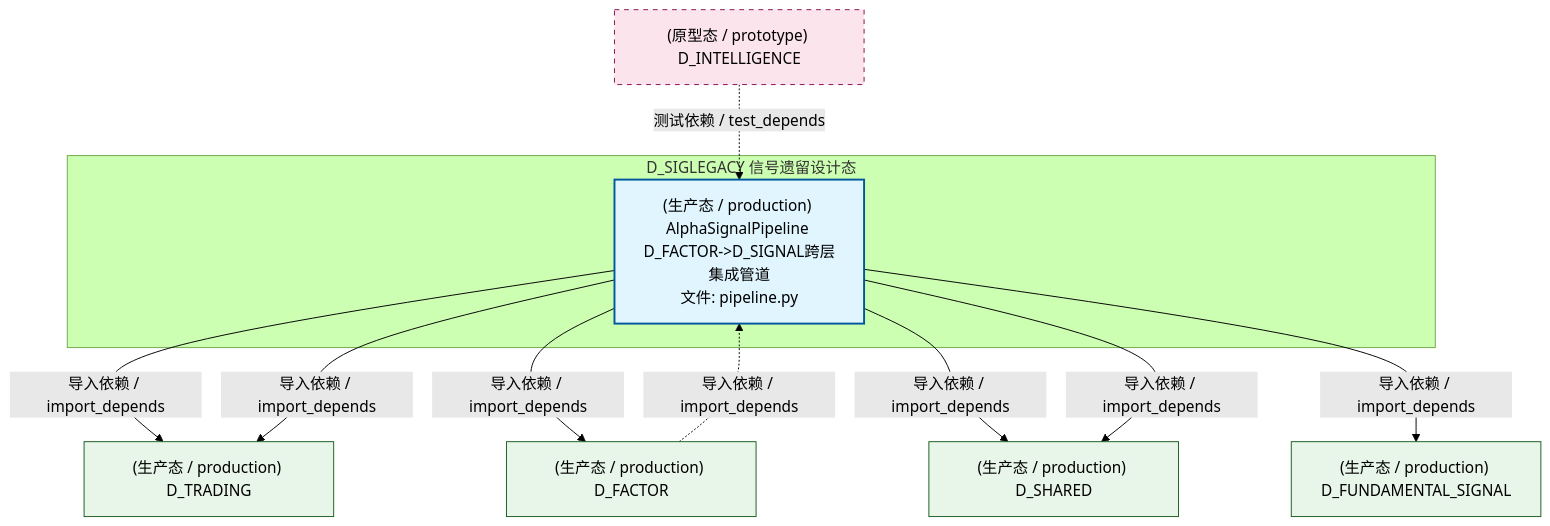
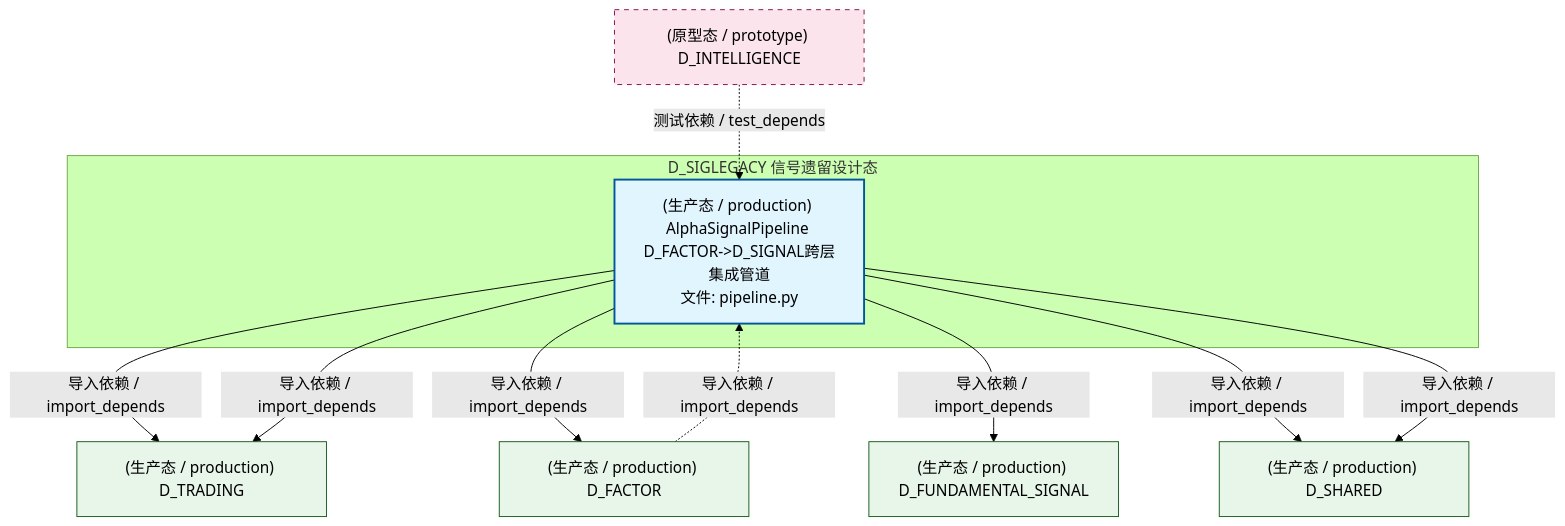
The second of 4 diagrams in docs/02_enterprise_architecture/02_domain_architecture_docs/63_d_siglegacy.md (xuanFelixVan/ZephyrAlpha), drawn with Mermaid (forest theme) before and after one commit. The commit also changed other lines of this file and 126 other files, not shown here.

````diff
--- a/docs/02_enterprise_architecture/02_domain_architecture_docs/63_d_siglegacy.md
+++ b/docs/02_enterprise_architecture/02_domain_architecture_docs/63_d_siglegacy.md
@@ -138,26 +138,26 @@
 ```mermaid
 graph TD
     subgraph D_SIGLEGACY["D_SIGLEGACY 信号遗留设计态"]
         src_zephyr_signal_fundamental_pipeline_py["(生产态 / production) AlphaSignalPipeline D_FACTOR->D_SIGNAL跨层集成管道<br/>文件: pipeline.py"]
     end
     D_TRADING["(生产态 / production) D_TRADING"]
     src_zephyr_signal_fundamental_pipeline_py -->|导入依赖 / import_depends| D_TRADING
     D_FACTOR["(生产态 / production) D_FACTOR"]
     src_zephyr_signal_fundamental_pipeline_py -->|导入依赖 / import_depends| D_FACTOR
+    D_FUNDAMENTAL_SIGNAL["(生产态 / production) D_FUNDAMENTAL_SIGNAL"]
+    src_zephyr_signal_fundamental_pipeline_py -->|导入依赖 / import_depends| D_FUNDAMENTAL_SIGNAL
     D_SHARED["(生产态 / production) D_SHARED"]
     src_zephyr_signal_fundamental_pipeline_py -->|导入依赖 / import_depends| D_SHARED
-    D_FUNDAMENTAL_SIGNAL["(生产态 / production) D_FUNDAMENTAL_SIGNAL"]
-    src_zephyr_signal_fundamental_pipeline_py -->|导入依赖 / import_depends| D_FUNDAMENTAL_SIGNAL
     src_zephyr_signal_fundamental_pipeline_py -->|导入依赖 / import_depends| D_SHARED
     src_zephyr_signal_fundamental_pipeline_py -->|导入依赖 / import_depends| D_TRADING
     D_FACTOR -.->|导入依赖 / import_depends| src_zephyr_signal_fundamental_pipeline_py
     D_INTELLIGENCE["(原型态 / prototype) D_INTELLIGENCE"]
     D_INTELLIGENCE -.->|测试依赖 / test_depends| src_zephyr_signal_fundamental_pipeline_py
     classDef production fill:#e1f5fe,stroke:#01579b,stroke-width:2px,color:#000
     classDef design fill:#fff3e0,stroke:#e65100,stroke-width:2px,color:#000,stroke-dasharray: 5 5
     classDef external_prod fill:#e8f5e9,stroke:#1b5e20,stroke-width:1px,color:#000
     classDef external_design fill:#fce4ec,stroke:#880e4f,stroke-width:1px,color:#000,stroke-dasharray: 5 5
     class src_zephyr_signal_fundamental_pipeline_py production
-    class D_TRADING,D_FACTOR,D_SHARED,D_FUNDAMENTAL_SIGNAL external_prod
+    class D_TRADING,D_FACTOR,D_FUNDAMENTAL_SIGNAL,D_SHARED external_prod
     class D_INTELLIGENCE external_design
 ```
````
